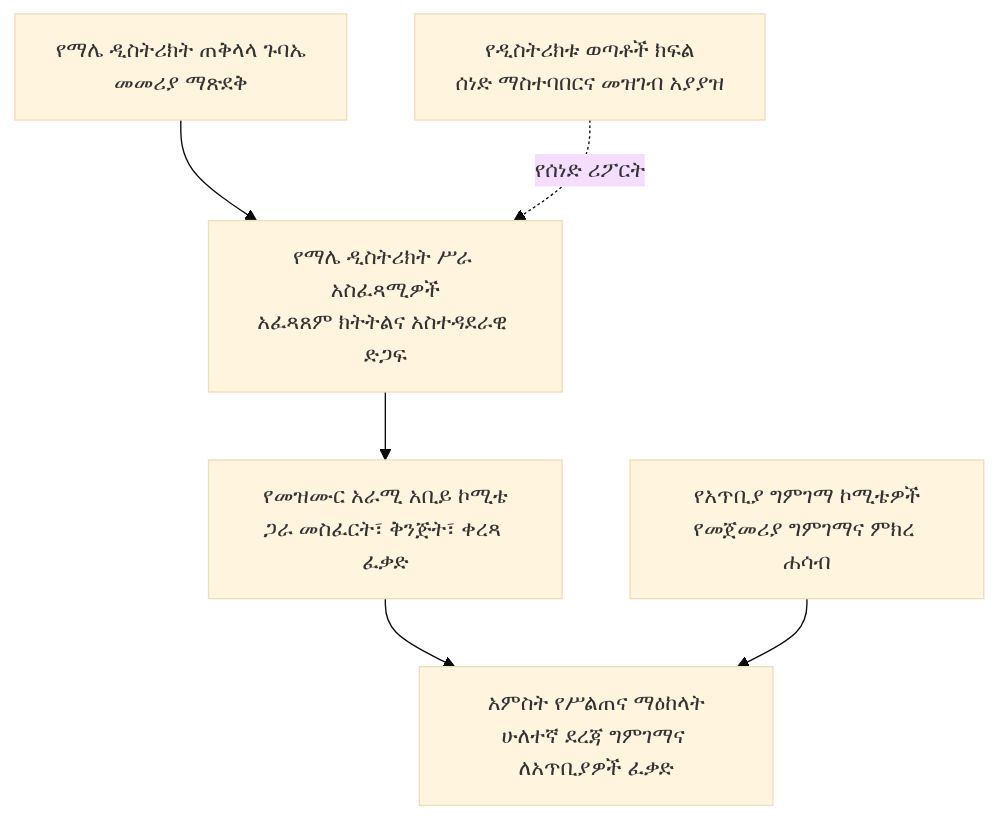
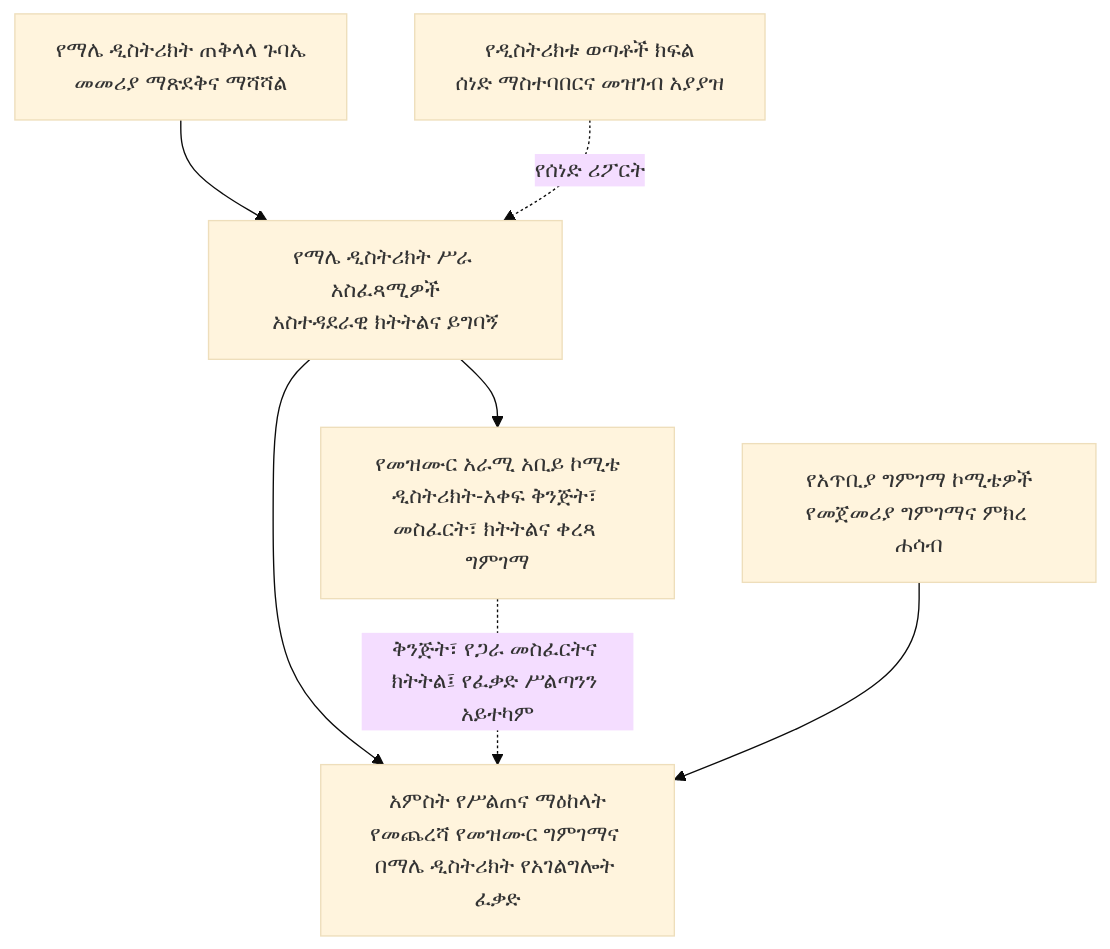
Before and after one commit to akefadaka-git/ekhc-digital-platform: the second of 3 diagrams in docs/governance/maale-song-review-directive-am.md, drawn with Mermaid (base theme).

Commit message:
Clarify District committee authority in governance diagram

````diff
--- a/docs/governance/maale-song-review-directive-am.md
+++ b/docs/governance/maale-song-review-directive-am.md
@@ -116,8 +116,9 @@
 ```mermaid
 flowchart TD
- A[የማሌ ዲስትሪክት ጠቅላላ ጉባኤ<br/>መመሪያ ማጽደቅ] --> B[የማሌ ዲስትሪክት ሥራ አስፈጻሚዎች<br/>አፈጻጸም ክትትልና አስተዳደራዊ ድጋፍ]
- B --> C[የመዝሙር አራሚ አቢይ ኮሚቴ<br/>ጋራ መስፈርት፣ ቅንጅት፣ ቀረጻ ፈቃድ]
- C --> D[አምስት የሥልጠና ማዕከላት<br/>ሁለተኛ ደረጃ ግምገማና ለአጥቢያዎች ፈቃድ]
+ A[የማሌ ዲስትሪክት ጠቅላላ ጉባኤ<br/>መመሪያ ማጽደቅና ማሻሻል] --> B[የማሌ ዲስትሪክት ሥራ አስፈጻሚዎች<br/>አስተዳደራዊ ክትትልና ይግባኝ]
+ B --> C[የመዝሙር አራሚ አቢይ ኮሚቴ<br/>ዲስትሪክት-አቀፍ ቅንጅት፣ መስፈርት፣ ክትትልና ቀረጻ ግምገማ]
+ B --> D[አምስት የሥልጠና ማዕከላት<br/>የመጨረሻ የመዝሙር ግምገማና በማሌ ዲስትሪክት የአገልግሎት ፈቃድ]
+ C -. ቅንጅት፣ የጋራ መስፈርትና ክትትል፤ የፈቃድ ሥልጣንን አይተካም .-> D
  E[የአጥቢያ ግምገማ ኮሚቴዎች<br/>የመጀመሪያ ግምገማና ምክረ ሐሳብ] --> D
  F[የዲስትሪክቱ ወጣቶች ክፍል<br/>ሰነድ ማስተባበርና መዝገብ አያያዝ] -. የሰነድ ሪፖርት .-> B
 ```
````
